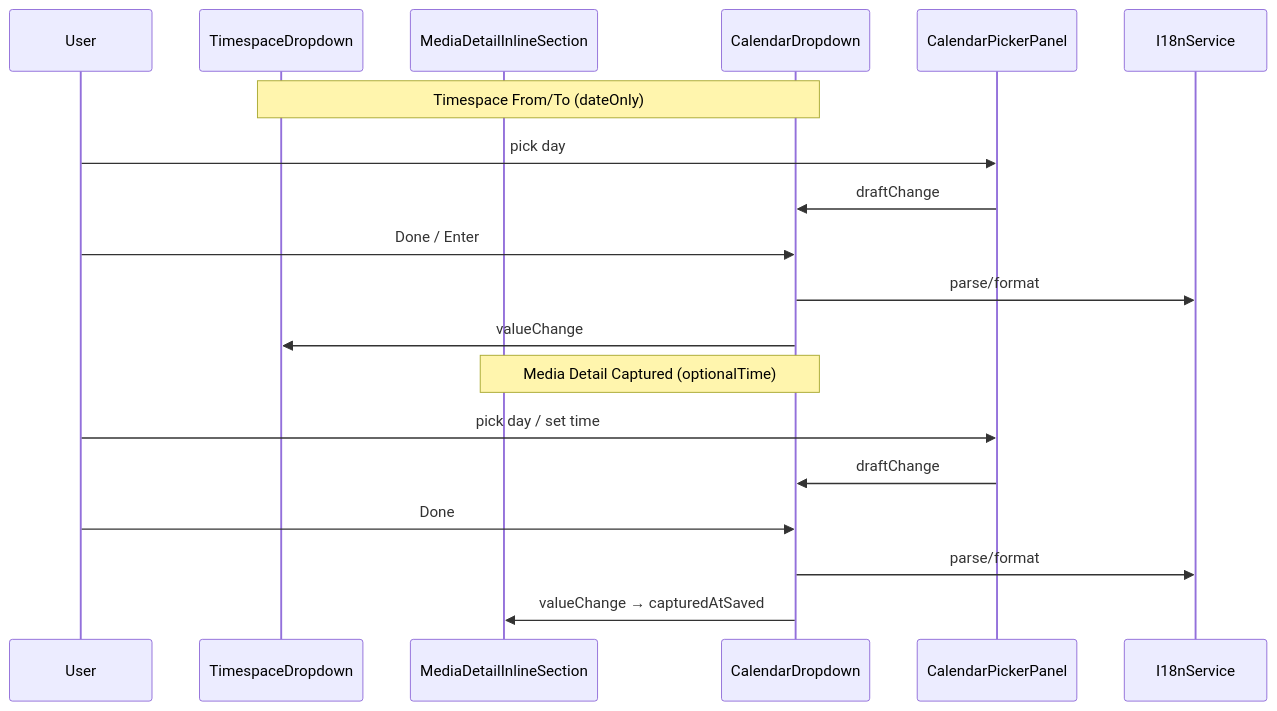
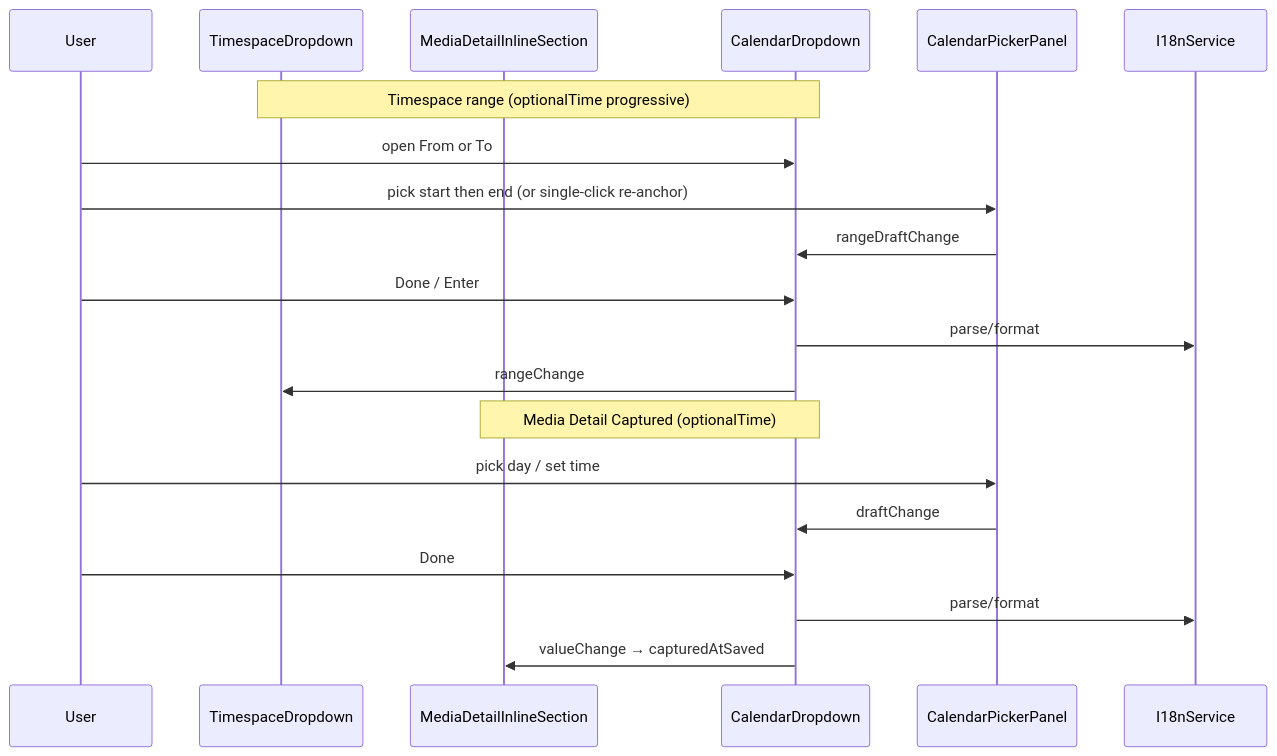
Before and after one commit to matkleve/feldpost: the second of 2 diagrams in docs/specs/component/filters/calendar-dropdown.md, drawn with Mermaid. The commit also changed other lines of this file and 12 other files, not shown here.

````diff
--- a/docs/specs/component/filters/calendar-dropdown.md
+++ b/docs/specs/component/filters/calendar-dropdown.md
@@ -137,23 +139,24 @@
 ```mermaid
 sequenceDiagram
   participant U as User
   participant TD as TimespaceDropdown
   participant MD as MediaDetailInlineSection
   participant CD as CalendarDropdown
   participant P as CalendarPickerPanel
   participant I18n as I18nService
 
-  note over TD,CD: Timespace From/To (dateOnly)
-  U->>P: pick day
-  P->>CD: draftChange
+  note over TD,CD: Timespace range (optionalTime progressive)
+  U->>CD: open From or To
+  U->>P: pick start then end (or single-click re-anchor)
+  P->>CD: rangeDraftChange
   U->>CD: Done / Enter
   CD->>I18n: parse/format
-  CD->>TD: valueChange
+  CD->>TD: rangeChange
 
   note over MD,CD: Media Detail Captured (optionalTime)
   U->>P: pick day / set time
   P->>CD: draftChange
   U->>CD: Done
   CD->>I18n: parse/format
   CD->>MD: valueChange → capturedAtSaved
 ```
````
